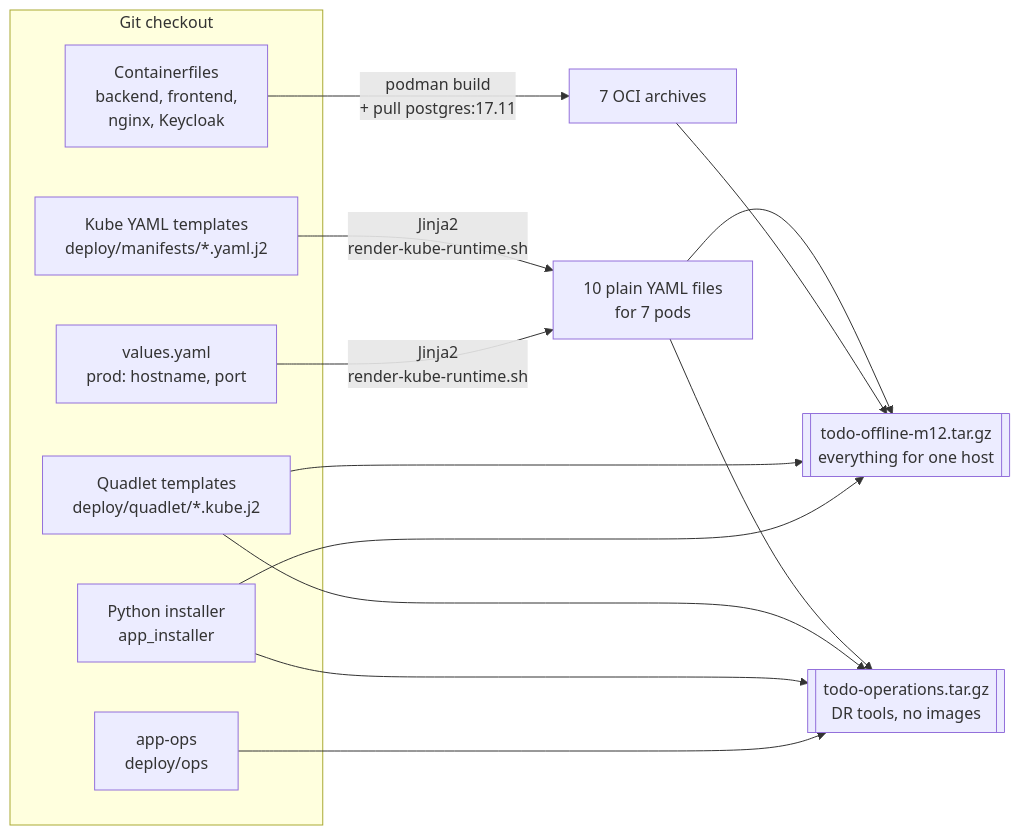
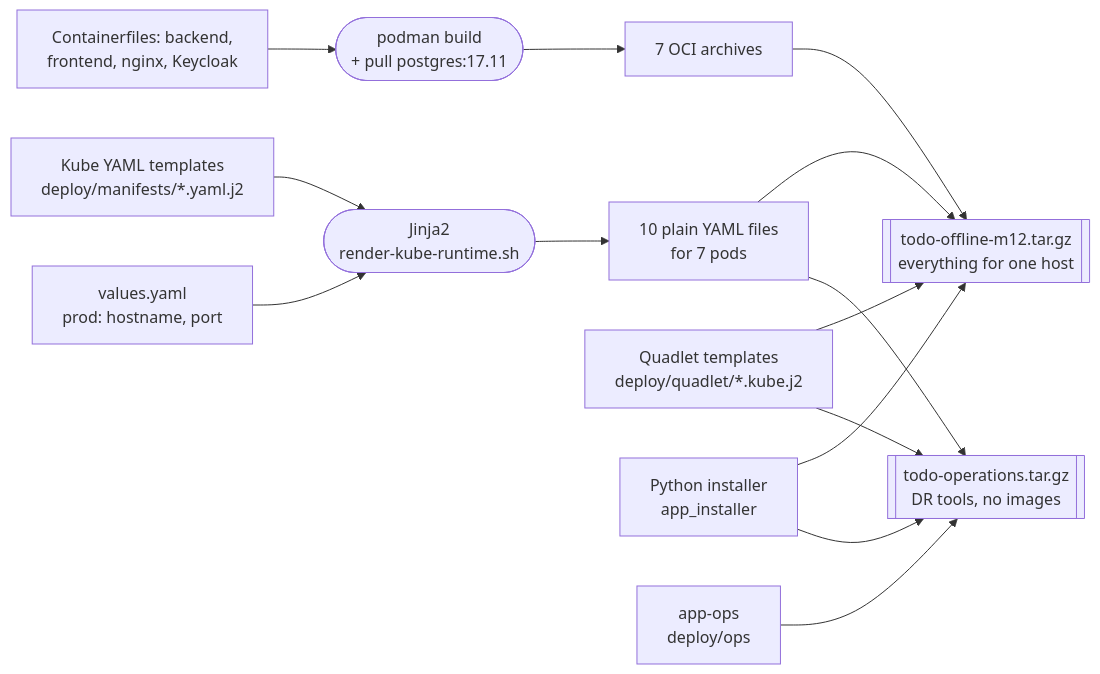
One commit to gunstein/podman_test changed the first of 3 diagrams in docs/INSTALL-PICTURE.md. Above: the diagram before and after it, drawn with Mermaid. The commit also changed other lines of this file, not shown here.

Commit message:
Install picture: wider diagrams that fit on one A4 page
The build diagram no longer groups the sources in a tall column, and the
installer's eight steps run in two rows: prepare, then run.

Claude-Session: https://claude.ai/code/session_01R8eXzjtDmNhhS3Jn5SdW76

````diff
--- a/docs/INSTALL-PICTURE.md
+++ b/docs/INSTALL-PICTURE.md
@@ -8,17 +8,14 @@
 ```mermaid
 flowchart LR
-  subgraph SRC["Git checkout"]
-    j2["Kube YAML templates<br>deploy/manifests/*.yaml.j2"]
-    values["values.yaml<br>prod: hostname, port"]
-    code["Containerfiles<br>backend, frontend,<br>nginx, Keycloak"]
-    q["Quadlet templates<br>deploy/quadlet/*.kube.j2"]
-    inst["Python installer<br>app_installer"]
-    ops["app-ops<br>deploy/ops"]
-  end
-
-  j2 & values -->|"Jinja2<br>render-kube-runtime.sh"| yaml["10 plain YAML files<br>for 7 pods"]
-  code -->|"podman build<br>+ pull postgres:17.11"| img["7 OCI archives"]
+  j2["Kube YAML templates<br>deploy/manifests/*.yaml.j2"] --> render
+  values["values.yaml<br>prod: hostname, port"] --> render
+  render(["Jinja2<br>render-kube-runtime.sh"]) --> yaml["10 plain YAML files<br>for 7 pods"]
+  code["Containerfiles: backend,<br>frontend, nginx, Keycloak"] --> build(["podman build<br>+ pull postgres:17.11"])
+  build --> img["7 OCI archives"]
+  q["Quadlet templates<br>deploy/quadlet/*.kube.j2"]
+  inst["Python installer<br>app_installer"]
+  ops["app-ops<br>deploy/ops"]
 
   yaml & img & q & inst --> bundle[["todo-offline-m12.tar.gz<br>everything for one host"]]
   yaml & q & inst & ops --> opspkg[["todo-operations.tar.gz<br>DR tools, no images"]]
 ```
````
